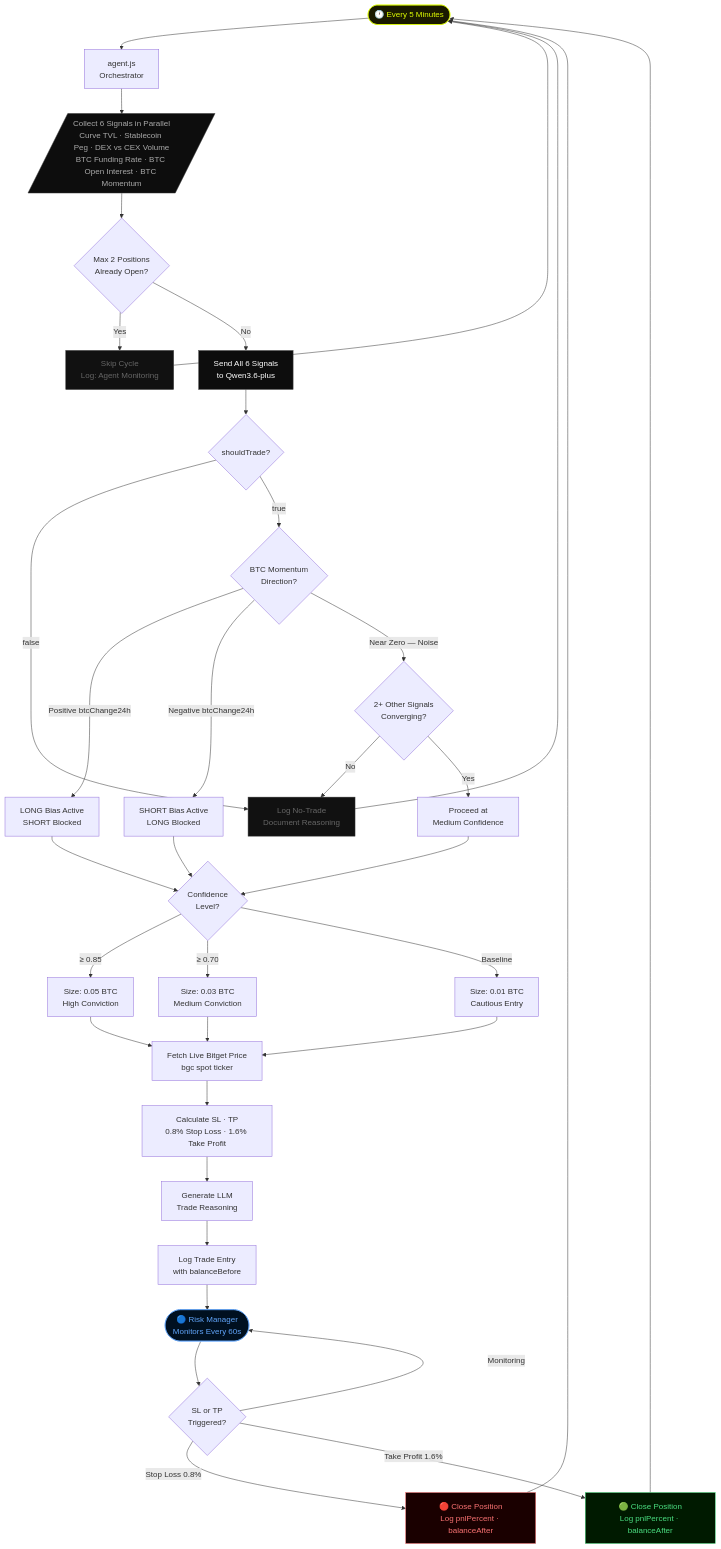
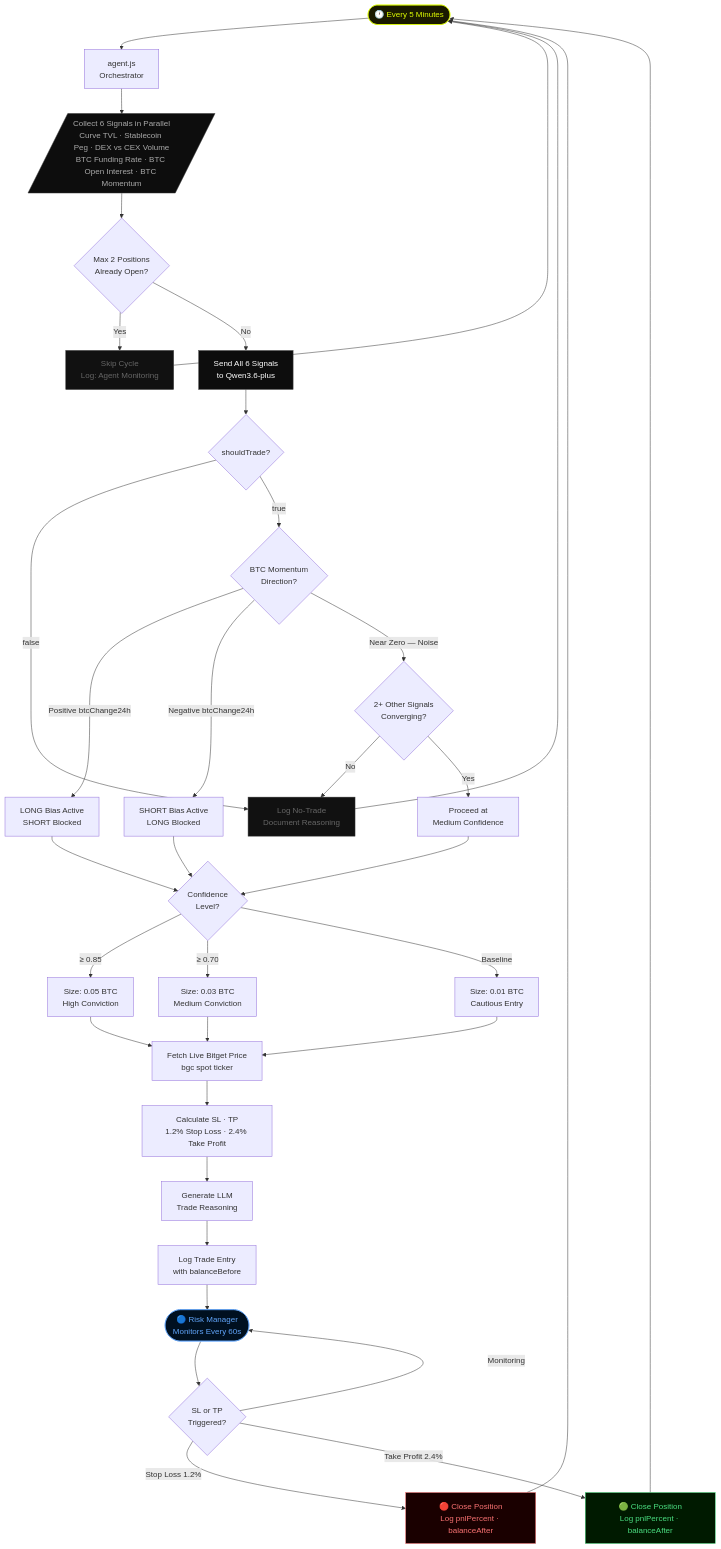
Before and after one commit to phllp-tanstic/haruspex: the second of 4 diagrams in README.md, drawn with Mermaid. The commit also changed other lines of this file and 1 other file, not shown here.

````diff
--- a/README.md
+++ b/README.md
@@ -163,61 +163,61 @@
 ```mermaid
 flowchart TD
     A([🕐 Every 5 Minutes]) --> B[agent.js\nOrchestrator]
 
     B --> C[/Collect 6 Signals in Parallel\nCurve TVL · Stablecoin Peg · DEX vs CEX Volume\nBTC Funding Rate · BTC Open Interest · BTC Momentum/]
 
     C --> D{Max 2 Positions\nAlready Open?}
 
     D -->|Yes| E[Skip Cycle\nLog: Agent Monitoring]
     D -->|No| F[Send All 6 Signals\nto Qwen3.6-plus]
 
     F --> G{shouldTrade?}
 
     G -->|false| H[Log No-Trade\nDocument Reasoning]
 
     G -->|true| I{BTC Momentum\nDirection?}
 
     I -->|Positive btcChange24h| J[LONG Bias Active\nSHORT Blocked]
     I -->|Negative btcChange24h| K[SHORT Bias Active\nLONG Blocked]
     I -->|Near Zero — Noise| L{2+ Other Signals\nConverging?}
 
     L -->|No| H
     L -->|Yes| M[Proceed at\nMedium Confidence]
 
     J --> N{Confidence\nLevel?}
     K --> N
     M --> N
 
     N -->|≥ 0.85| O[Size: 0.05 BTC\nHigh Conviction]
     N -->|≥ 0.70| P[Size: 0.03 BTC\nMedium Conviction]
     N -->|Baseline| Q[Size: 0.01 BTC\nCautious Entry]
 
     O --> R[Fetch Live Bitget Price\nbgc spot ticker]
     P --> R
     Q --> R
 
-    R --> S[Calculate SL · TP\n0.8% Stop Loss · 1.6% Take Profit]
+    R --> S[Calculate SL · TP\n1.2% Stop Loss · 2.4% Take Profit]
     S --> T[Generate LLM\nTrade Reasoning]
     T --> U[Log Trade Entry\nwith balanceBefore]
 
     U --> V([🔵 Risk Manager\nMonitors Every 60s])
 
     V --> W{SL or TP\nTriggered?}
     W -->|Monitoring| V
-    W -->|Stop Loss 0.8%| X[🔴 Close Position\nLog pnlPercent · balanceAfter]
-    W -->|Take Profit 1.6%| Y[🟢 Close Position\nLog pnlPercent · balanceAfter]
+    W -->|Stop Loss 1.2%| X[🔴 Close Position\nLog pnlPercent · balanceAfter]
+    W -->|Take Profit 2.4%| Y[🟢 Close Position\nLog pnlPercent · balanceAfter]
 
     X --> A
     Y --> A
     E --> A
     H --> A
 
     style A fill:#1a1a00,stroke:#E0FF00,color:#E0FF00
     style C fill:#0d0d0d,stroke:#333,color:#aaa
     style F fill:#0d0d0d,stroke:#555,color:#fff
     style V fill:#001020,stroke:#60a5fa,color:#60a5fa
     style X fill:#1a0000,stroke:#f87171,color:#f87171
     style Y fill:#001a00,stroke:#4ade80,color:#4ade80
     style H fill:#111,stroke:#333,color:#666
     style E fill:#111,stroke:#333,color:#666
 ```
````
